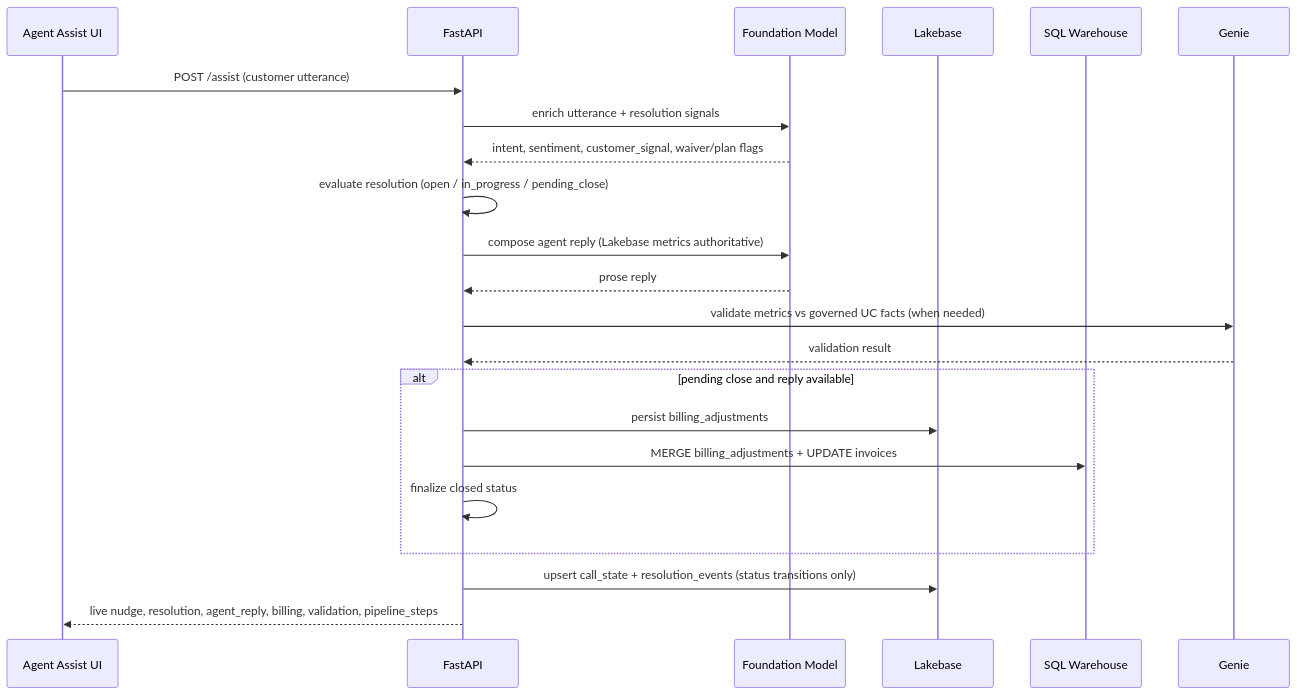
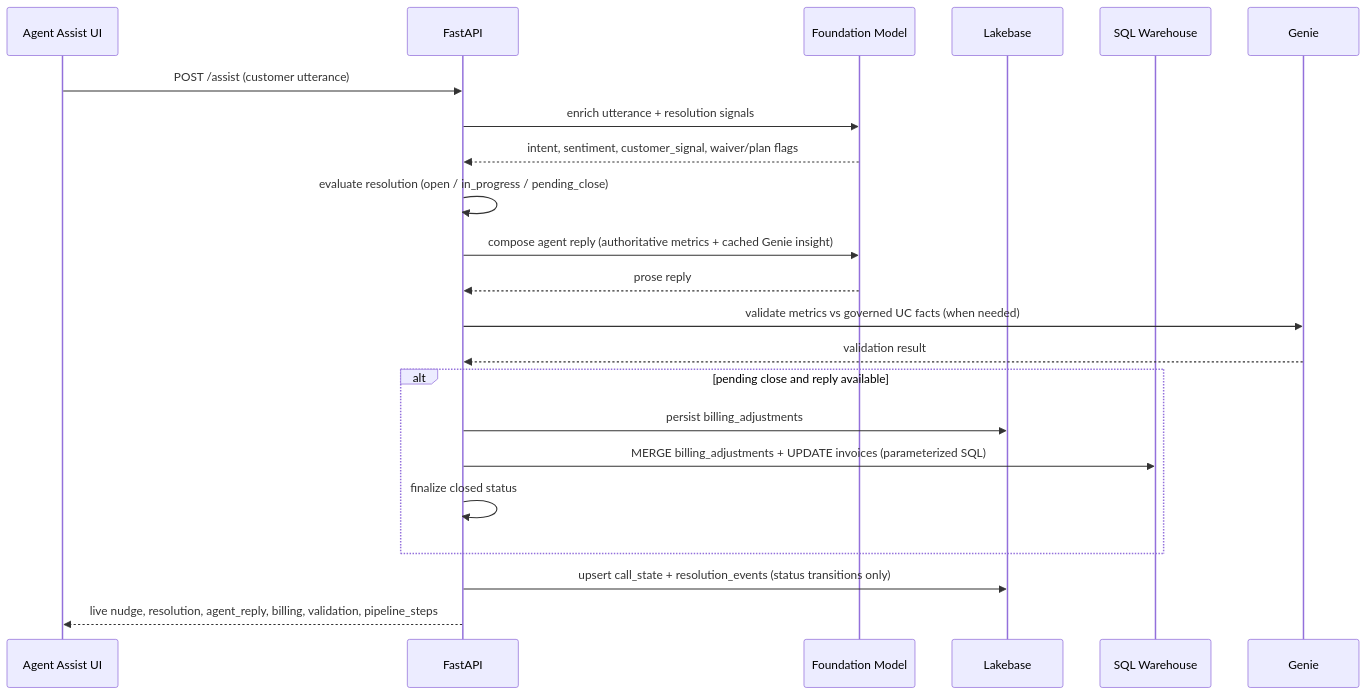
One commit to suneelsunkara-db/genie-voice-agent changed the second of 4 diagrams in docs/ARCHITECTURE.md. Above: the diagram before and after it, drawn with Mermaid. The commit also changed other lines of this file and 11 other files, not shown here.

````diff
--- a/docs/ARCHITECTURE.md
+++ b/docs/ARCHITECTURE.md
@@ -150,25 +155,25 @@
 ```mermaid
 sequenceDiagram
     participant UI as Agent Assist UI
     participant API as FastAPI
     participant FM as Foundation Model
     participant LB as Lakebase
     participant WH as SQL Warehouse
     participant G as Genie
 
     UI->>API: POST /assist (customer utterance)
     API->>FM: enrich utterance + resolution signals
     FM-->>API: intent, sentiment, customer_signal, waiver/plan flags
     API->>API: evaluate resolution (open / in_progress / pending_close)
-    API->>FM: compose agent reply (Lakebase metrics authoritative)
+    API->>FM: compose agent reply (authoritative metrics + cached Genie insight)
     FM-->>API: prose reply
     API->>G: validate metrics vs governed UC facts (when needed)
     G-->>API: validation result
     alt pending close and reply available
         API->>LB: persist billing_adjustments
-        API->>WH: MERGE billing_adjustments + UPDATE invoices
+        API->>WH: MERGE billing_adjustments + UPDATE invoices (parameterized SQL)
         API->>API: finalize closed status
     end
     API->>LB: upsert call_state + resolution_events (status transitions only)
     API-->>UI: live nudge, resolution, agent_reply, billing, validation, pipeline_steps
 ```
````
